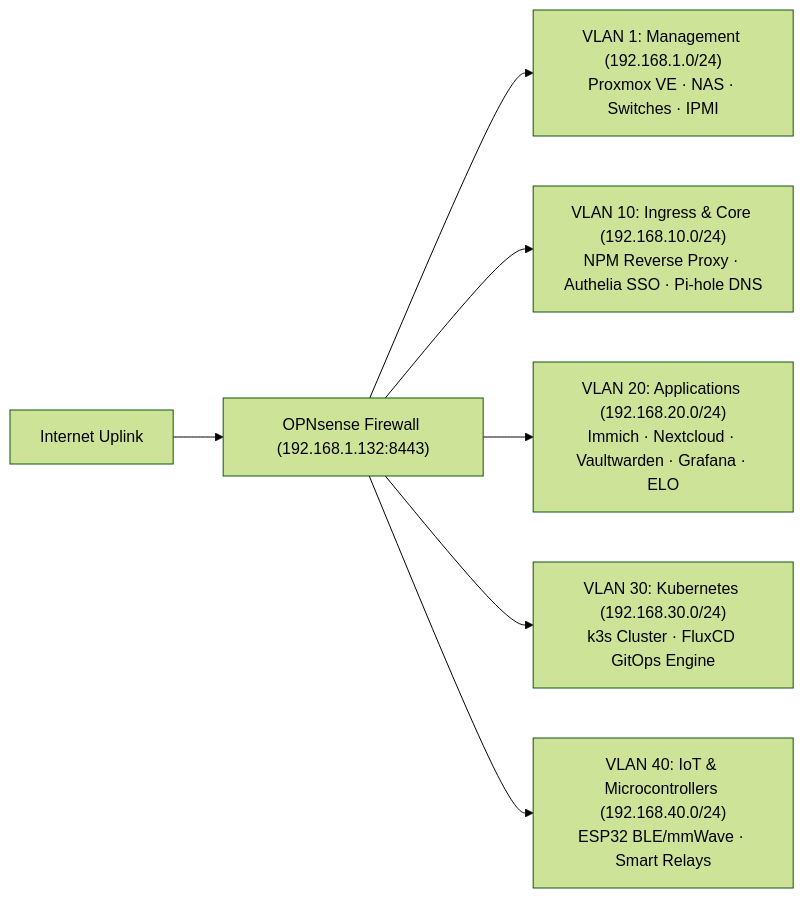
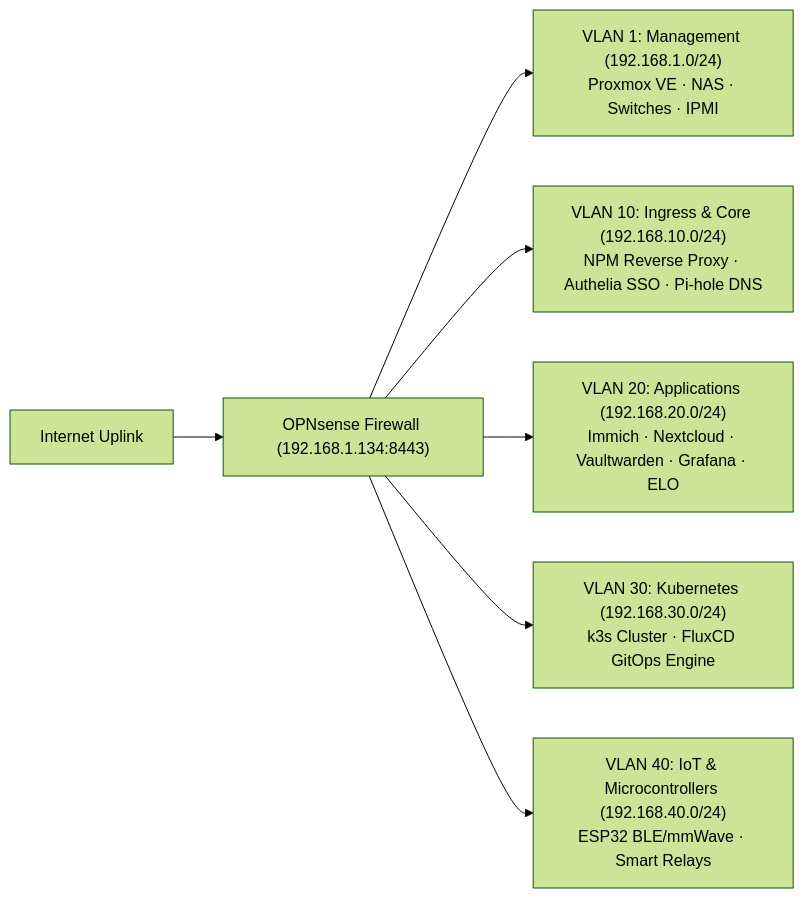
Before and after one commit to stefanutc1/datacenter: the second of 4 diagrams in ARCHITECTURE.md, drawn with Mermaid (forest theme). The commit also changed other lines of this file and 11 other files, not shown here.

Commit message:
fix(opnsense): update OPNsense firewall IP to 192.168.1.134 across topology, inventory, docs and website

````diff
--- a/ARCHITECTURE.md
+++ b/ARCHITECTURE.md
@@ -62,10 +62,10 @@
 ```mermaid
 graph LR
-    WAN["Internet Uplink"] --> OPNsense["OPNsense Firewall (192.168.1.132:8443)"]
+    WAN["Internet Uplink"] --> OPNsense["OPNsense Firewall (192.168.1.134:8443)"]
 
     OPNsense --> VLAN1["VLAN 1: Management (192.168.1.0/24)<br/>Proxmox VE · NAS · Switches · IPMI"]
     OPNsense --> VLAN10["VLAN 10: Ingress & Core (192.168.10.0/24)<br/>NPM Reverse Proxy · Authelia SSO · Pi-hole DNS"]
     OPNsense --> VLAN20["VLAN 20: Applications (192.168.20.0/24)<br/>Immich · Nextcloud · Vaultwarden · Grafana · ELO"]
     OPNsense --> VLAN30["VLAN 30: Kubernetes (192.168.30.0/24)<br/>k3s Cluster · FluxCD GitOps Engine"]
     OPNsense --> VLAN40["VLAN 40: IoT & Microcontrollers (192.168.40.0/24)<br/>ESP32 BLE/mmWave · Smart Relays"]
 ```
````
